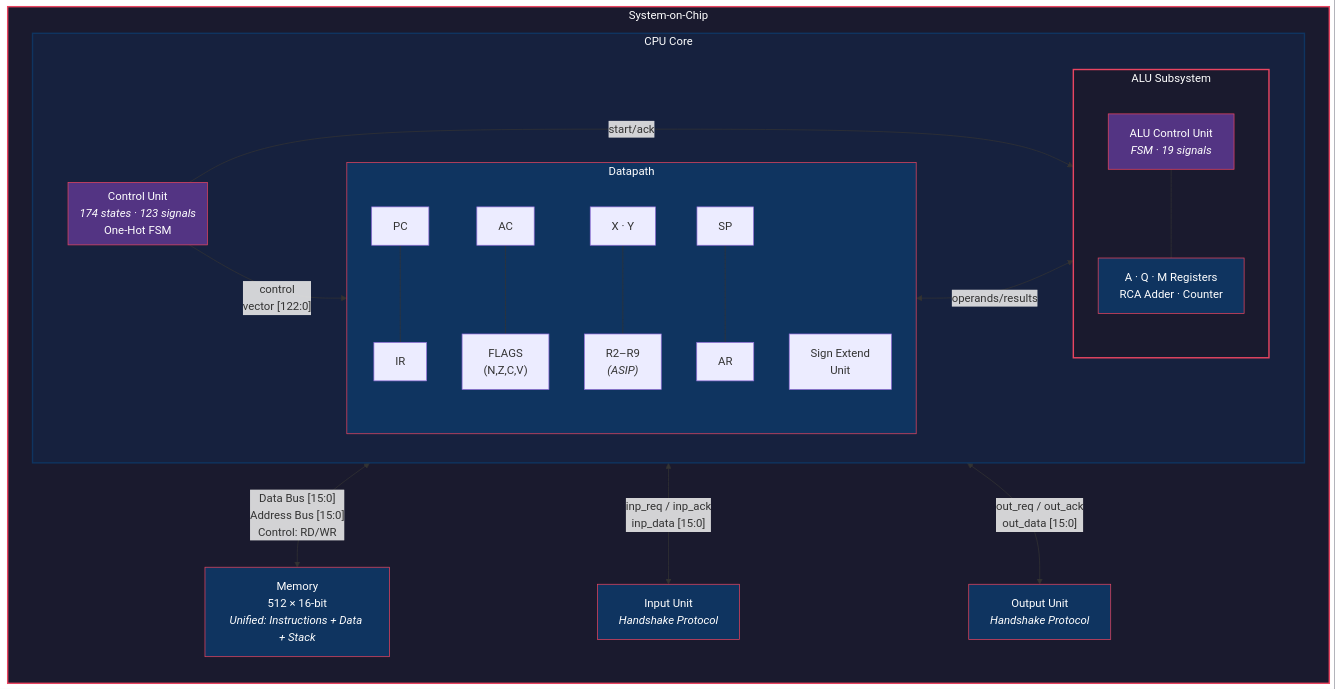
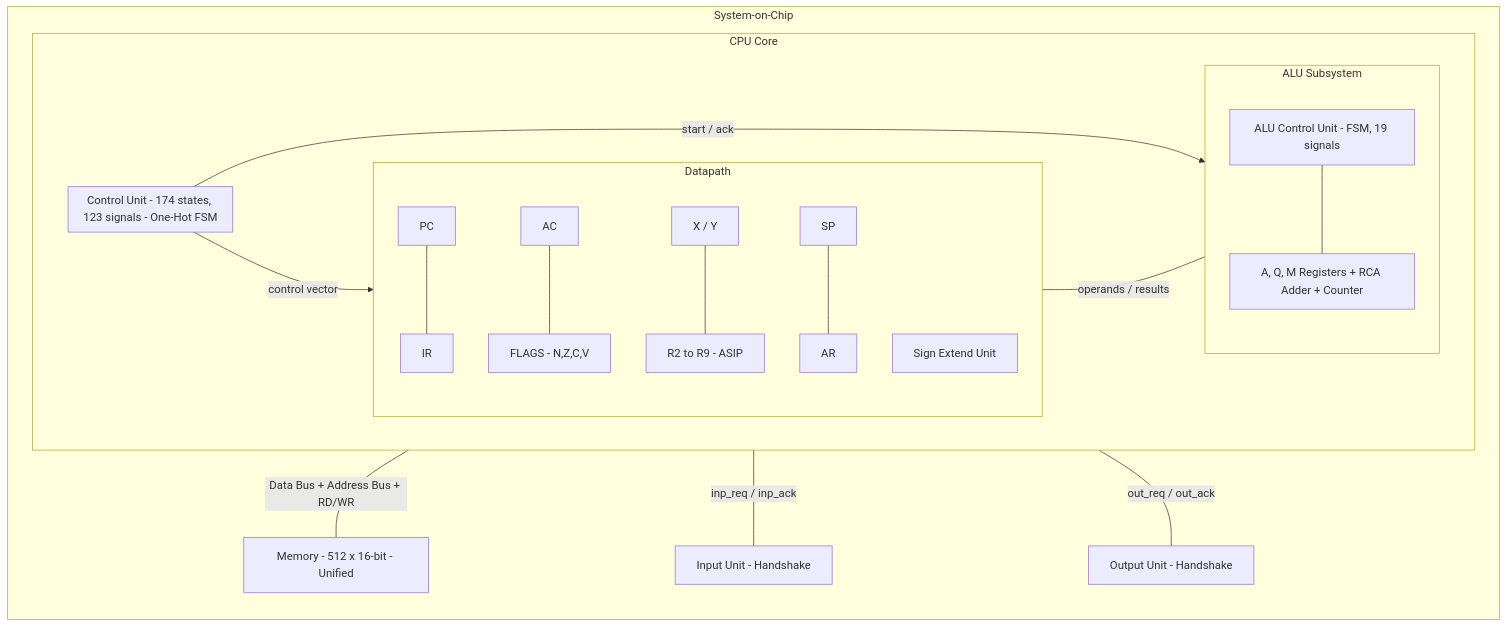
The first of 2 diagrams in README.md (LNM31/ASIP16-Processor), drawn with Mermaid before and after one commit. The commit also changed other lines of this file, not shown here.

Commit message:
Refactor README for better architecture presentation
Updated README to improve formatting and clarity of architecture details.

````diff
--- a/README.md
+++ b/README.md
@@ -37,52 +36,41 @@
 ```mermaid
 graph TB
-    subgraph SoC["System-on-Chip"]
+    subgraph SoC[System-on-Chip]
         direction TB
 
-        subgraph CPU["CPU Core"]
+        subgraph CPU[CPU Core]
             direction LR
 
-            subgraph CU["Control Unit<br/><i>174 states · 123 signals</i><br/>One-Hot FSM"]
+            subgraph CU[Control Unit - 174 states, 123 signals - One-Hot FSM]
             end
 
-            subgraph DP["Datapath"]
+            subgraph DP[Datapath]
                 direction TB
-                PC["PC"] --- IR["IR"]
-                AC["AC"] --- FLAGS["FLAGS<br/>(N,Z,C,V)"]
-                XY["X · Y"] --- R2R9["R2–R9<br/><i>(ASIP)</i>"]
-                SP["SP"] --- AR["AR"]
-                SEU["Sign Extend<br/>Unit"]
+                PC[PC] --- IR[IR]
+                AC[AC] --- FLAGS[FLAGS - N,Z,C,V]
+                XY[X / Y] --- R2R9[R2 to R9 - ASIP]
+                SP[SP] --- AR[AR]
+                SEU[Sign Extend Unit]
             end
 
-            subgraph ALU["ALU Subsystem"]
+            subgraph ALU[ALU Subsystem]
                 direction TB
-                ALU_CU["ALU Control Unit<br/><i>FSM · 19 signals</i>"]
-                ALU_DP["A · Q · M Registers<br/>RCA Adder · Counter"]
+                ALU_CU[ALU Control Unit - FSM, 19 signals]
+                ALU_DP[A, Q, M Registers + RCA Adder + Counter]
                 ALU_CU --- ALU_DP
             end
 
-            CU -->|"control<br/>vector [122:0]"| DP
-            CU -->|start/ack| ALU
-            DP <-->|operands/results| ALU
+            CU -->|control vector| DP
+            CU -->|start / ack| ALU
+            DP ---|operands / results| ALU
         end
 
-        MEM["Memory<br/>512 × 16-bit<br/><i>Unified: Instructions + Data + Stack</i>"]
-        INP["Input Unit<br/><i>Handshake Protocol</i>"]
-        OUT["Output Unit<br/><i>Handshake Protocol</i>"]
+        MEM[Memory - 512 x 16-bit - Unified]
+        INP[Input Unit - Handshake]
+        OUT[Output Unit - Handshake]
 
-        CPU <-->|"Data Bus [15:0]<br/>Address Bus [15:0]<br/>Control: RD/WR"| MEM
-        CPU <-->|"inp_req / inp_ack<br/>inp_data [15:0]"| INP
-        CPU <-->|"out_req / out_ack<br/>out_data [15:0]"| OUT
+        CPU ---|Data Bus + Address Bus + RD/WR| MEM
+        CPU ---|inp_req / inp_ack| INP
+        CPU ---|out_req / out_ack| OUT
     end
-
-    style SoC fill:#1a1a2e,stroke:#e94560,stroke-width:2px,color:#fff
-    style CPU fill:#16213e,stroke:#0f3460,stroke-width:2px,color:#fff
-    style CU fill:#533483,stroke:#e94560,color:#fff
-    style DP fill:#0f3460,stroke:#e94560,color:#fff
-    style ALU fill:#1a1a2e,stroke:#e94560,stroke-width:2px,color:#fff
-    style ALU_CU fill:#533483,stroke:#e94560,color:#fff
-    style ALU_DP fill:#0f3460,stroke:#e94560,color:#fff
-    style MEM fill:#0f3460,stroke:#e94560,color:#fff
-    style INP fill:#0f3460,stroke:#e94560,color:#fff
-    style OUT fill:#0f3460,stroke:#e94560,color:#fff
 ```
````
